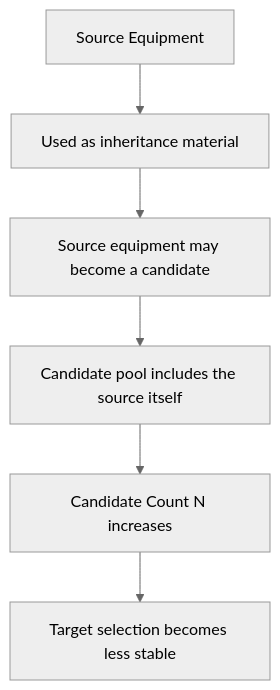
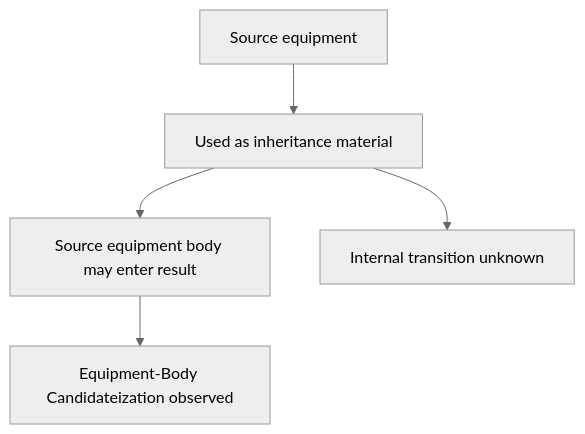
The diagram in mermaid/rune-factory-self-contamination-mechanism-en.mmd (j13343sh/Rune-Factory-Inheritance-Research), drawn with Mermaid (neutral theme) before and after one commit. The commit also changed 17 other files, not shown here.

```diff
--- a/mermaid/rune-factory-self-contamination-mechanism-en.mmd
+++ b/mermaid/rune-factory-self-contamination-mechanism-en.mmd
@@ -1,6 +1,5 @@
 flowchart TD
-    A[Source Equipment] --> B[Used as inheritance material]
-    B --> C[Source equipment may become a candidate]
-    C --> D[Candidate pool includes the source itself]
-    D --> E[Candidate Count N increases]
-    E --> F[Target selection becomes less stable]
+    A[Source equipment] --> B[Used as inheritance material]
+    B --> C[Source equipment body may enter result]
+    C --> D[Equipment-Body Candidateization observed]
+    B --> E[Internal transition unknown]
```
